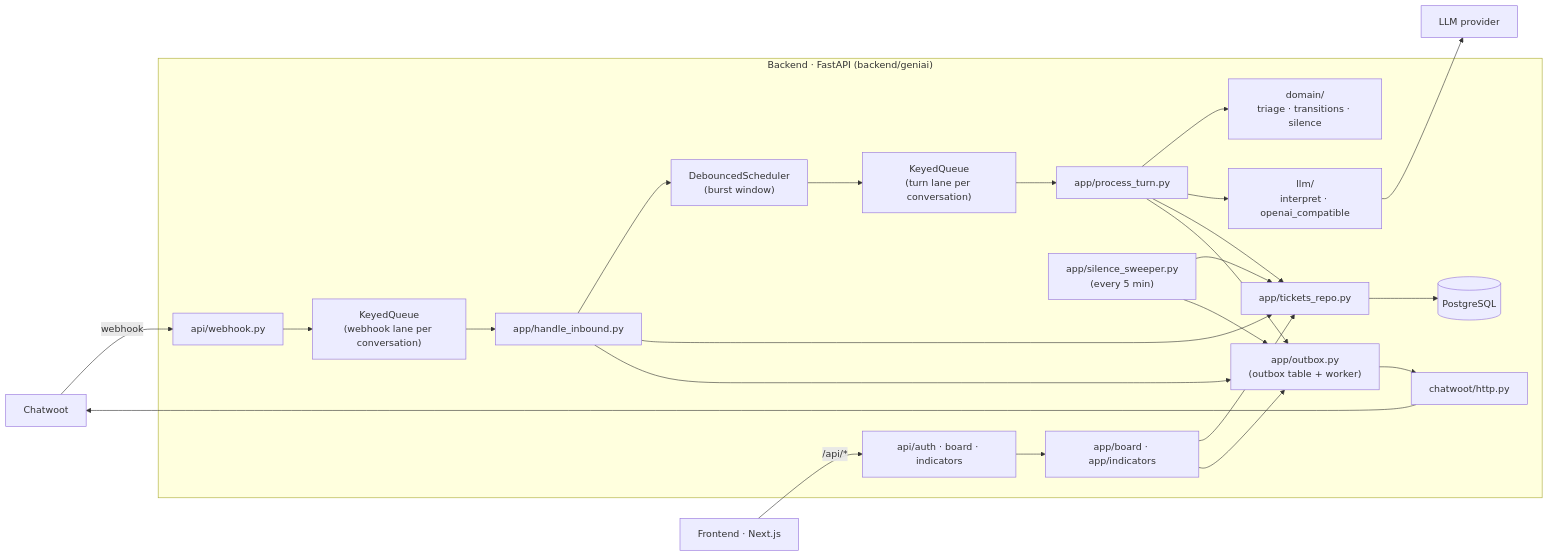
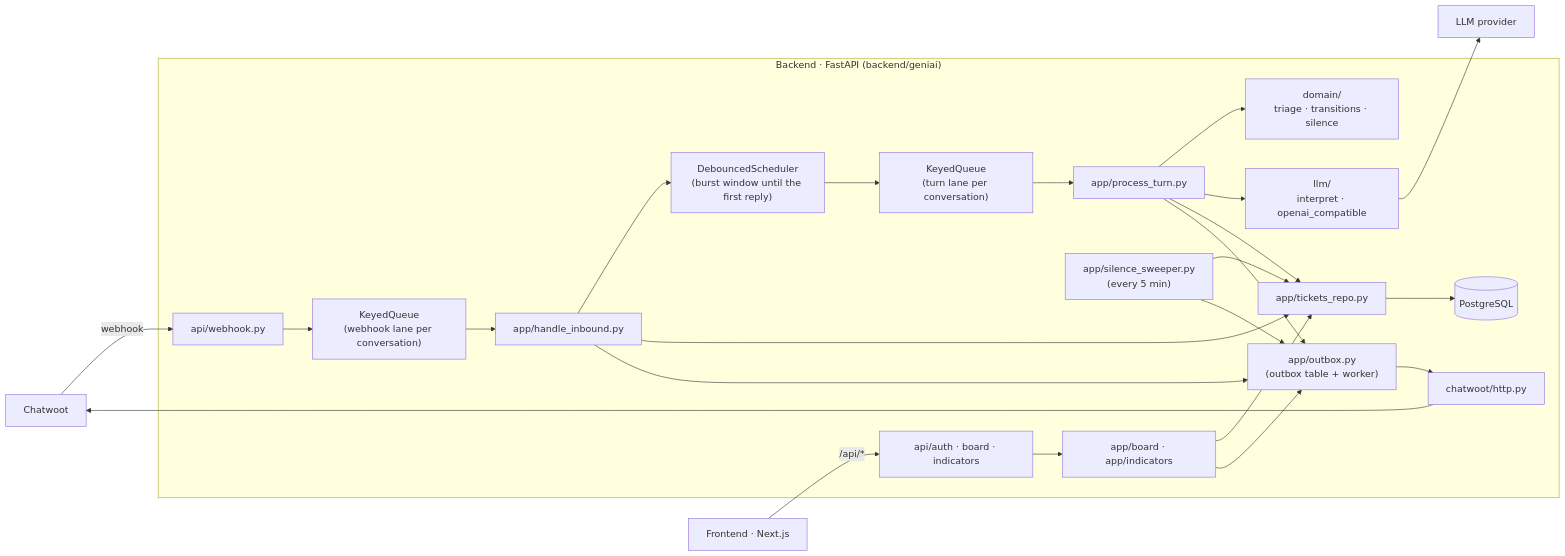
Before and after one commit to cauedev30/chatbot-atendimento-geniai: the first of 2 diagrams in docs/architecture.md, drawn with Mermaid. The commit also changed other lines of this file and 1 other file, not shown here.

Commit message:
docs: describe the burst window before the first reply only, the superseded turn and its 30 s limit

````diff
--- a/docs/architecture.md
+++ b/docs/architecture.md
@@ -10,19 +10,19 @@
 ```mermaid
 flowchart LR
     CW["Chatwoot"] -- "webhook" --> WH
     subgraph BE["Backend · FastAPI (backend/geniai)"]
         WH["api/webhook.py"] --> Q["KeyedQueue<br/>(webhook lane per conversation)"]
         Q --> IN["app/handle_inbound.py"]
-        IN --> SCH["DebouncedScheduler<br/>(burst window)"]
+        IN --> SCH["DebouncedScheduler<br/>(burst window until the first reply)"]
         SCH --> Q2["KeyedQueue<br/>(turn lane per conversation)"] --> TURN["app/process_turn.py"]
         TURN --> DOM["domain/<br/>triage · transitions · silence"]
         TURN --> LLMA["llm/<br/>interpret · openai_compatible"]
         SW["app/silence_sweeper.py<br/>(every 5 min)"]
         API["api/auth · board · indicators"] --> USE["app/board · app/indicators"]
         IN & TURN & SW & USE --> REPO["app/tickets_repo.py"] --> DB[("PostgreSQL")]
         IN & TURN & SW & USE --> OB["app/outbox.py<br/>(outbox table + worker)"] --> CWC["chatwoot/http.py"]
     end
     CWC --> CW
     LLMA --> LLM["LLM provider"]
     FE["Frontend · Next.js"] -- "/api/*" --> API
 ```
````
